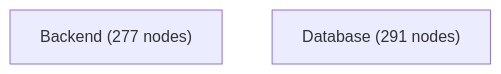
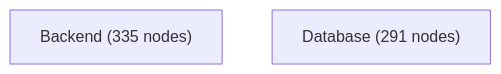
The diagram in docs/architecture-analysis/views/containers.mmd (jankneumann/agentic-coding-tools), drawn with Mermaid before and after one commit. The commit also changed 24 other files, not shown here.

```diff
--- a/docs/architecture-analysis/views/containers.mmd
+++ b/docs/architecture-analysis/views/containers.mmd
@@ -1,3 +1,3 @@
 flowchart TB
-    Backend["Backend (277 nodes)"]
+    Backend["Backend (335 nodes)"]
     Database["Database (291 nodes)"]
```
